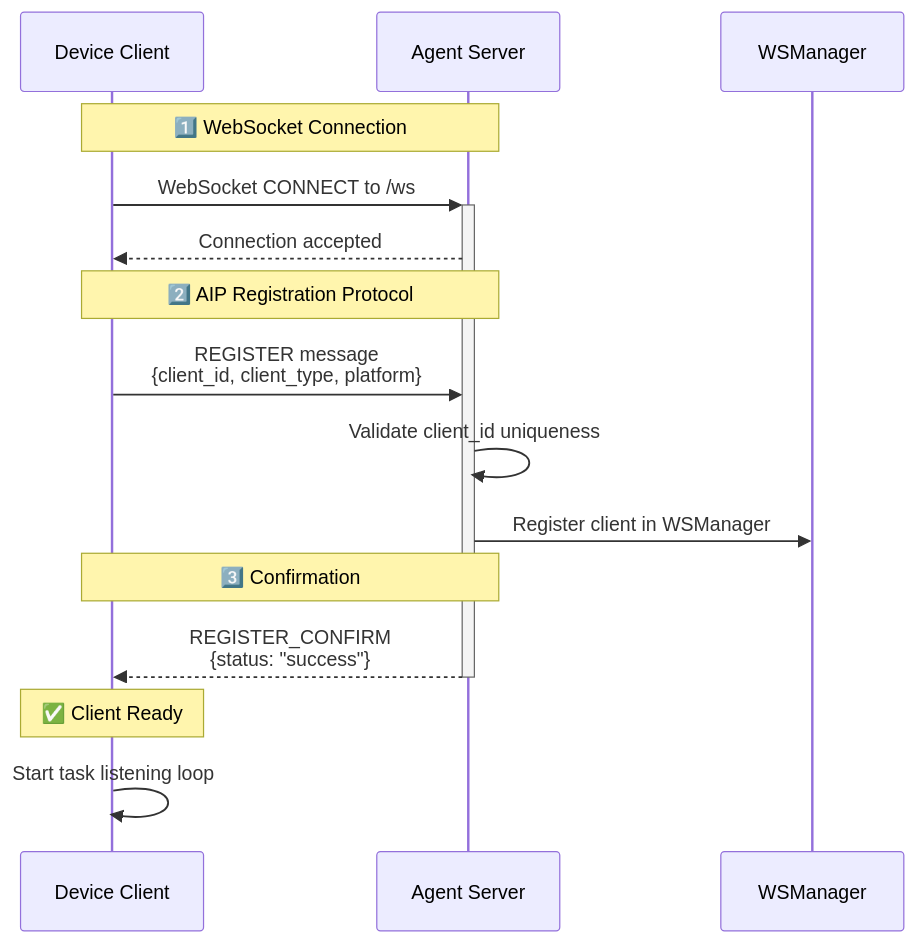
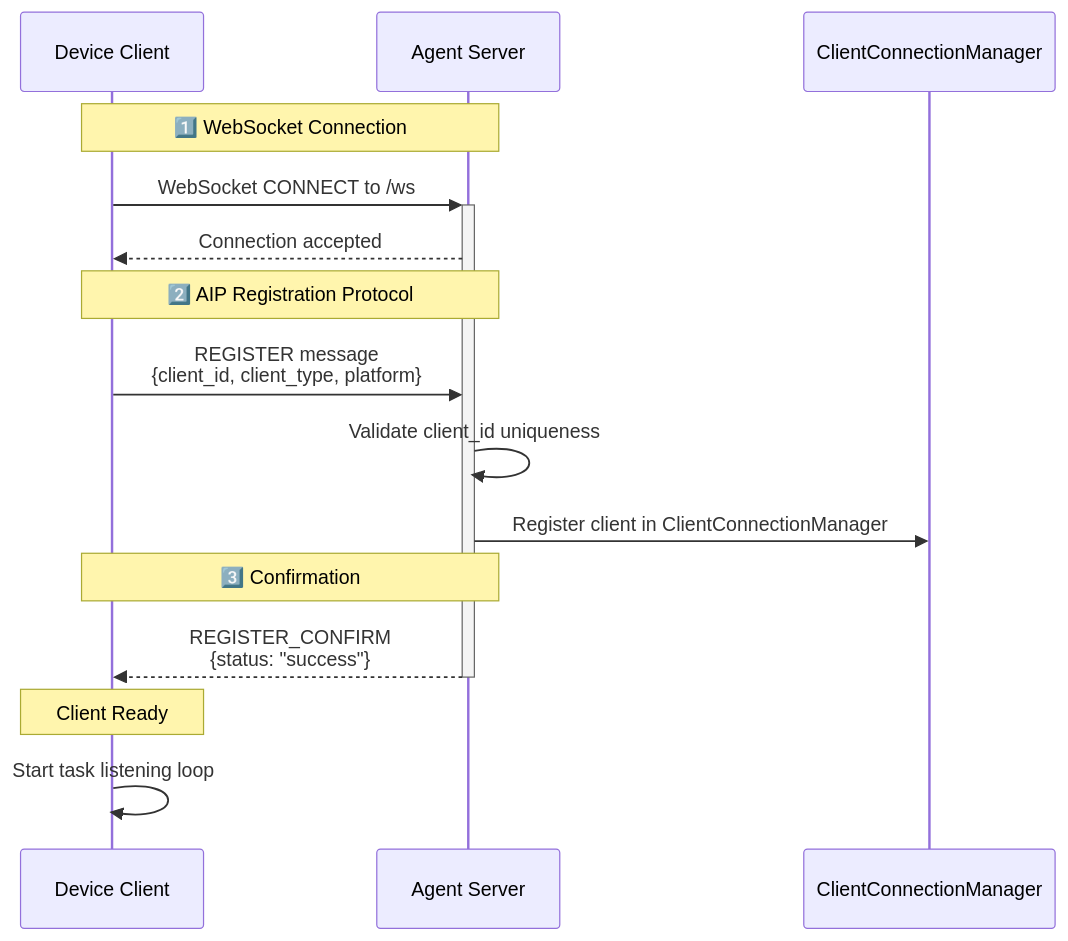
One commit to microsoft/UFO changed the first of 2 diagrams in documents/docs/server/quick_start.md. Above: the diagram before and after it, drawn with Mermaid. The commit also changed other lines of this file and 8 other files, not shown here.

````diff
--- a/documents/docs/server/quick_start.md
+++ b/documents/docs/server/quick_start.md
@@ -143,21 +143,21 @@
 ```mermaid
 sequenceDiagram
     participant C as Device Client
     participant S as Agent Server
-    participant M as WSManager
+    participant M as ClientConnectionManager
     
     Note over C,S: 1️⃣ WebSocket Connection
     C->>+S: WebSocket CONNECT to /ws
     S-->>C: Connection accepted
     
     Note over C,S: 2️⃣ AIP Registration Protocol
     C->>S: REGISTER message<br/>{client_id, client_type, platform}
     S->>S: Validate client_id uniqueness
-    S->>M: Register client in WSManager
+    S->>M: Register client in ClientConnectionManager
     
     Note over C,S: 3️⃣ Confirmation
     S-->>-C: REGISTER_CONFIRM<br/>{status: "success"}
     
-    Note over C: ✅ Client Ready
+    Note over C: Client Ready
     C->>C: Start task listening loop
 ```
````
